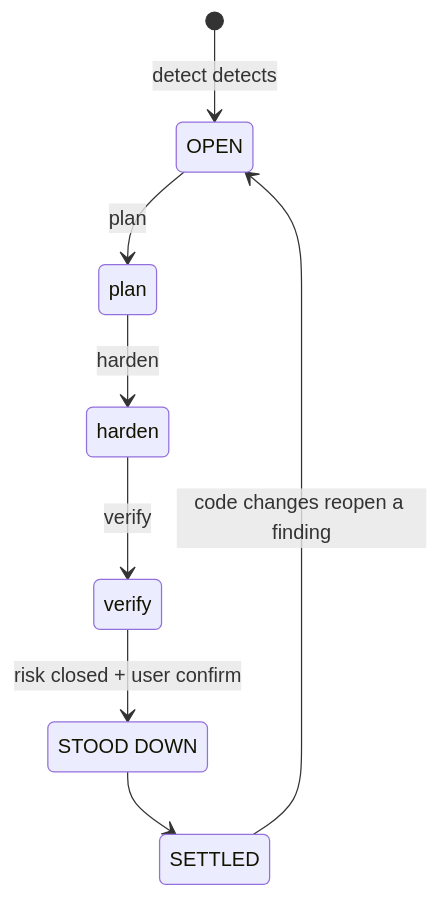
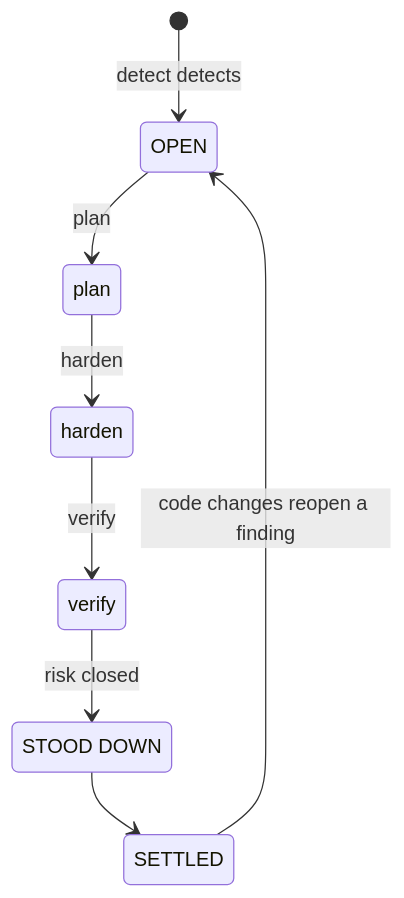
The first of 4 diagrams in website/src/content/PAPER.mdx (wellwelwel/lagune), drawn with Mermaid before and after one commit. The commit also changed other lines of this file and 20 other files, not shown here.

````diff
--- a/website/src/content/PAPER.mdx
+++ b/website/src/content/PAPER.mdx
@@ -168,15 +168,15 @@
 ```mermaid
 stateDiagram-v2
     direction TB
     [*] --> OPEN: detect detects
     OPEN --> Plan: plan
     Plan --> Harden: harden
     Harden --> Verify: verify
-    Verify --> StoodDown: risk closed + user confirm
+    Verify --> StoodDown: risk closed
     StoodDown --> SETTLED
     SETTLED --> OPEN: code changes reopen a finding
     Plan: plan
     Harden: harden
     Verify: verify
     StoodDown: STOOD DOWN
 ```
````
